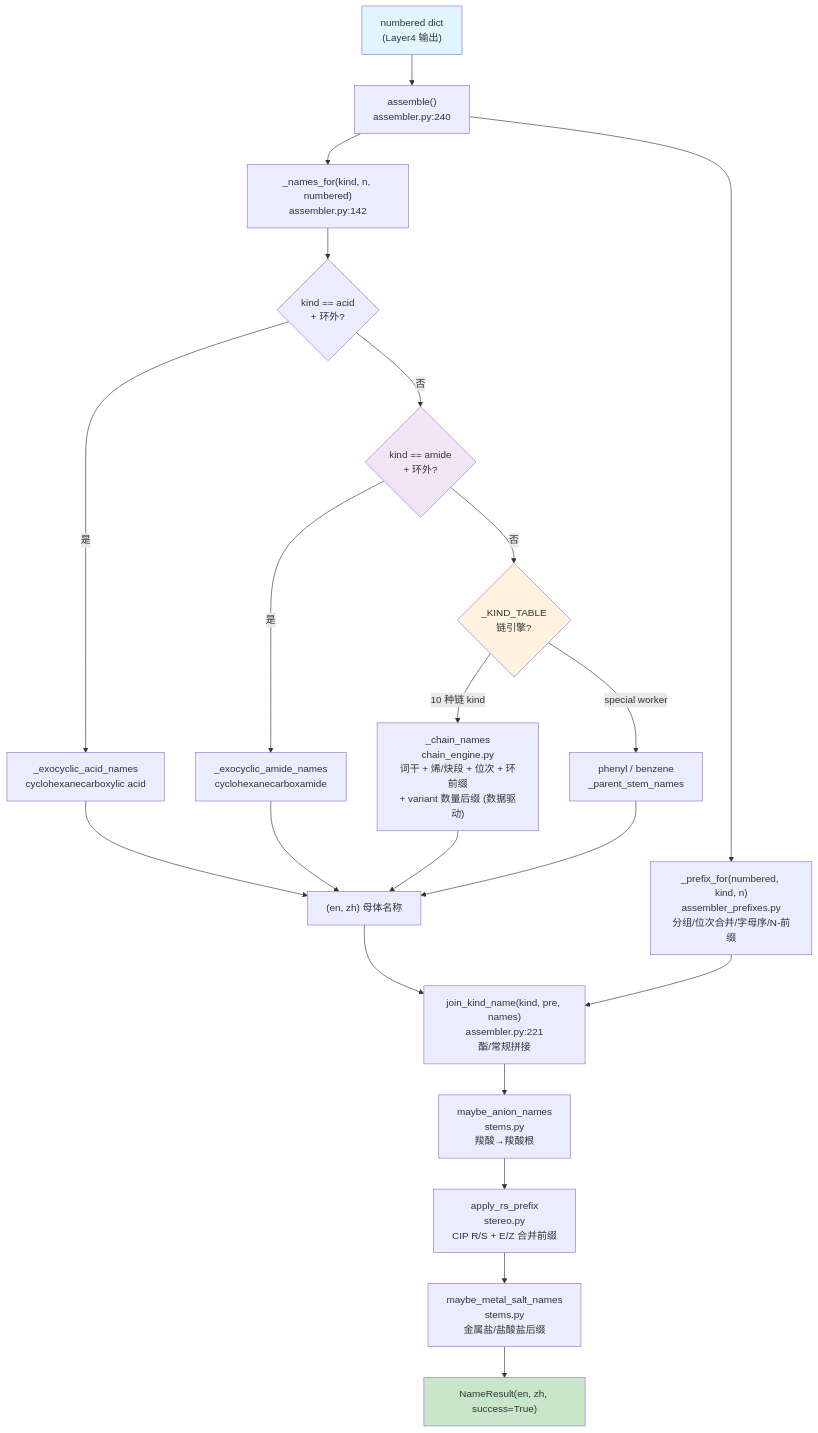
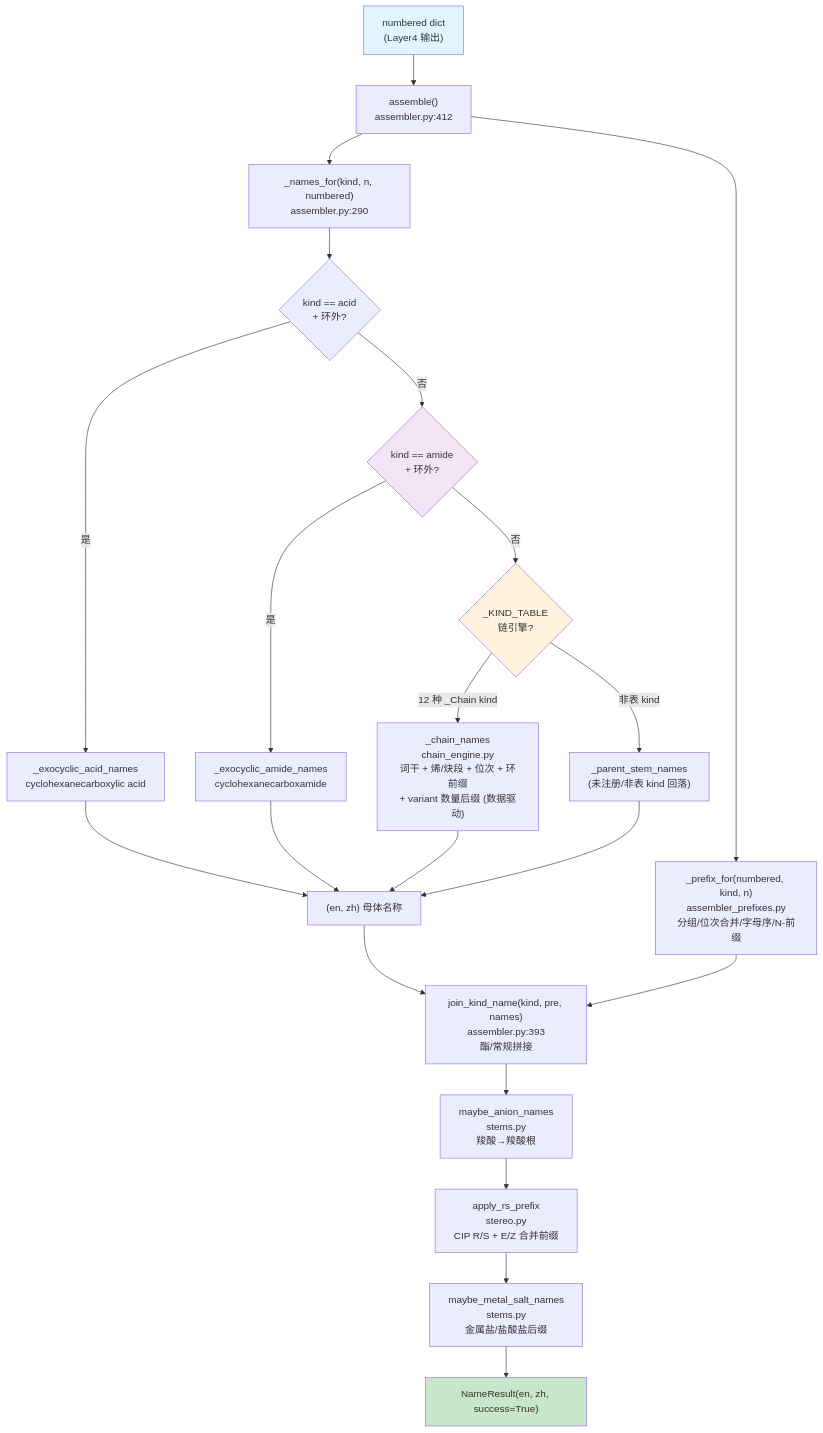
The diagram in docs/wiki/architecture/layer5-name-assembly.md (zouxiaofei1/OpenSMILES), drawn with Mermaid before and after one commit. The commit also changed other lines of this file and 14 other files, not shown here.

````diff
--- a/docs/wiki/architecture/layer5-name-assembly.md
+++ b/docs/wiki/architecture/layer5-name-assembly.md
@@ -198,34 +205,34 @@
 ```mermaid
 flowchart TD
-    NUMBERED["numbered dict\n(Layer4 输出)"] --> ASSEMBLE["assemble()\nassembler.py:240"]
+    NUMBERED["numbered dict\n(Layer4 输出)"] --> ASSEMBLE["assemble()\nassembler.py:412"]
 
-    ASSEMBLE --> NAMES_FOR["_names_for(kind, n, numbered)\nassembler.py:142"]
+    ASSEMBLE --> NAMES_FOR["_names_for(kind, n, numbered)\nassembler.py:290"]
 
     NAMES_FOR --> EXO_ACID{"kind == acid\n+ 环外?"}
     EXO_ACID -->|"是"| EXOACID["_exocyclic_acid_names\ncyclohexanecarboxylic acid"]
     EXO_ACID -->|"否"| EXO_AMIDE{"kind == amide\n+ 环外?"}
     EXO_AMIDE -->|"是"| EXOAMIDE["_exocyclic_amide_names\ncyclohexanecarboxamide"]
     EXO_AMIDE -->|"否"| CHAIN{"_KIND_TABLE\n链引擎?"}
-    CHAIN -->|"10 种链 kind"| ENG["_chain_names\nchain_engine.py\n词干 + 烯/炔段 + 位次 + 环前缀\n+ variant 数量后缀 (数据驱动)"]
-    CHAIN -->|"special worker"| WORKER["phenyl / benzene\n_parent_stem_names"]
+    CHAIN -->|"12 种 _Chain kind"| ENG["_chain_names\nchain_engine.py\n词干 + 烯/炔段 + 位次 + 环前缀\n+ variant 数量后缀 (数据驱动)"]
+    CHAIN -->|"非表 kind"| WORKER["_parent_stem_names\n(未注册/非表 kind 回落)"]
 
     ENG --> PARENT_NAME["(en, zh) 母体名称"]
     WORKER --> PARENT_NAME
     EXOACID --> PARENT_NAME
     EXOAMIDE --> PARENT_NAME
 
     ASSEMBLE --> PREFIX["_prefix_for(numbered, kind, n)\nassembler_prefixes.py\n分组/位次合并/字母序/N-前缀"]
 
-    PARENT_NAME --> JOIN["join_kind_name(kind, pre, names)\nassembler.py:221\n酯/常规拼接"]
+    PARENT_NAME --> JOIN["join_kind_name(kind, pre, names)\nassembler.py:393\n酯/常规拼接"]
     PREFIX --> JOIN
 
     JOIN --> ANION["maybe_anion_names\nstems.py\n羧酸→羧酸根"]
     ANION --> RS["apply_rs_prefix\nstereo.py\nCIP R/S + E/Z 合并前缀"]
     RS --> SALT["maybe_metal_salt_names\nstems.py\n金属盐/盐酸盐后缀"]
     SALT --> RESULT["NameResult(en, zh, success=True)"]
 
     style NUMBERED fill:#e1f5fe
     style RESULT fill:#c8e6c9
     style CHAIN fill:#fff3e0
     style EXO_AMIDE fill:#f3e5f5
 ```
````
